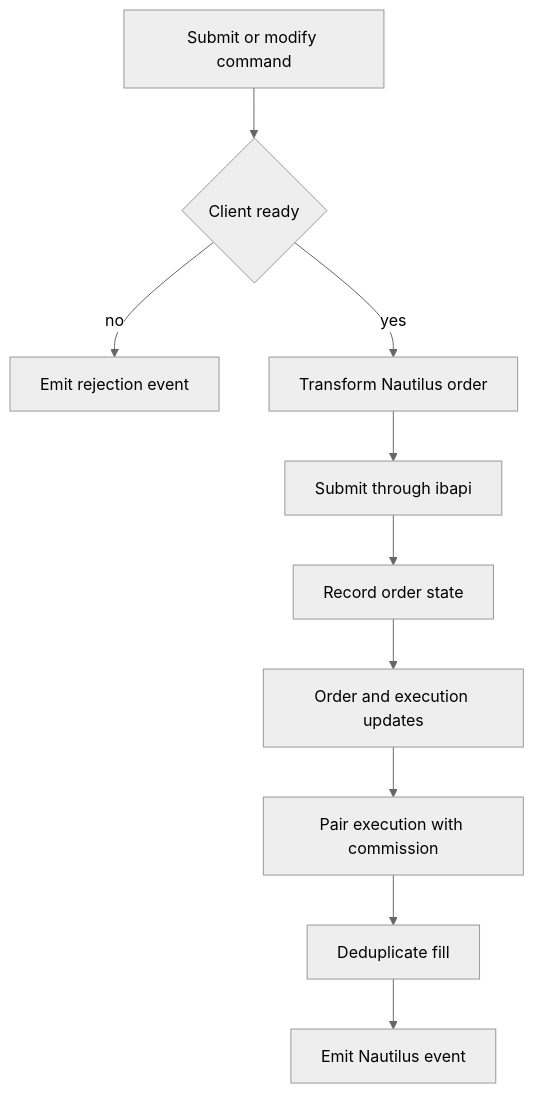
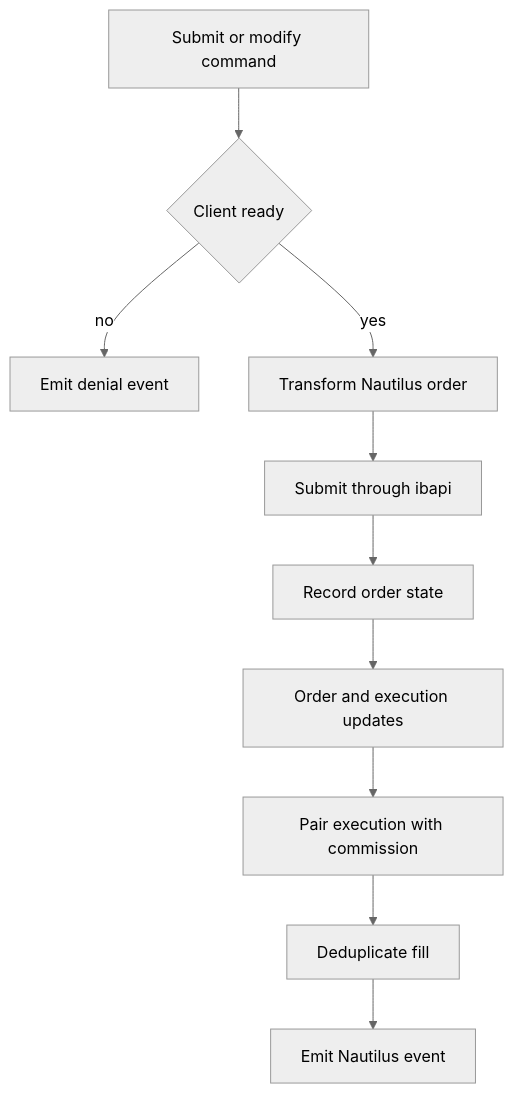
The fourth of 5 diagrams in docs/integrations/interactive_brokers.md (nautechsystems/nautilus_trader), drawn with Mermaid (neutral theme) before and after one commit. The commit also changed other lines of this file and 166 other files, not shown here.

````diff
--- a/docs/integrations/interactive_brokers.md
+++ b/docs/integrations/interactive_brokers.md
@@ -293,12 +293,12 @@
 ```mermaid
 flowchart TD
     Command[Submit or modify command] --> Ready{Client ready}
-    Ready -->|no| Rejected[Emit rejection event]
+    Ready -->|no| Denied[Emit denial event]
     Ready -->|yes| Transform[Transform Nautilus order]
     Transform --> Submit[Submit through ibapi]
     Submit --> Track[Record order state]
     Track --> Updates[Order and execution updates]
     Updates --> Pair[Pair execution with commission]
     Pair --> Deduplicate[Deduplicate fill]
     Deduplicate --> Event[Emit Nautilus event]
 ```
````
